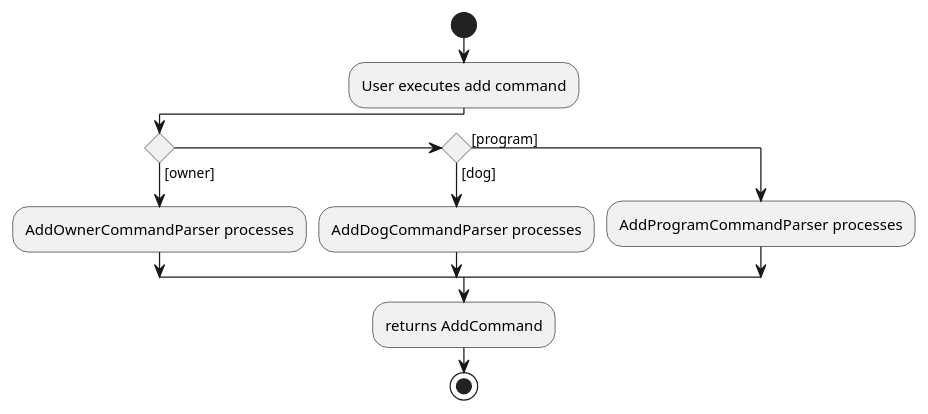
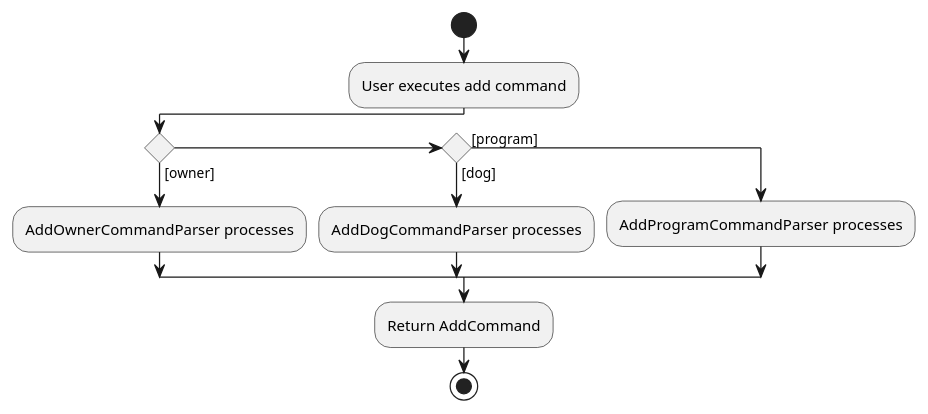
Before and after one commit to nus-cs2103-AY2021S2/tp: the diagram in docs/diagrams/AddDeleteActivityDiagram.puml, drawn with PlantUML. The commit also changed 3 other files, not shown here.

```diff
--- a/docs/diagrams/AddDeleteActivityDiagram.puml
+++ b/docs/diagrams/AddDeleteActivityDiagram.puml
@@ -1,14 +1,14 @@
 @startuml
 start
 :User executes add command;
 if () then ([owner])
 :AddOwnerCommandParser processes;
 elseif () then ([dog])
 :AddDogCommandParser processes;
 else ([program])
 :AddProgramCommandParser processes;
 endif
-:returns AddCommand;
+:Return AddCommand;
 stop
 
 @enduml
```
